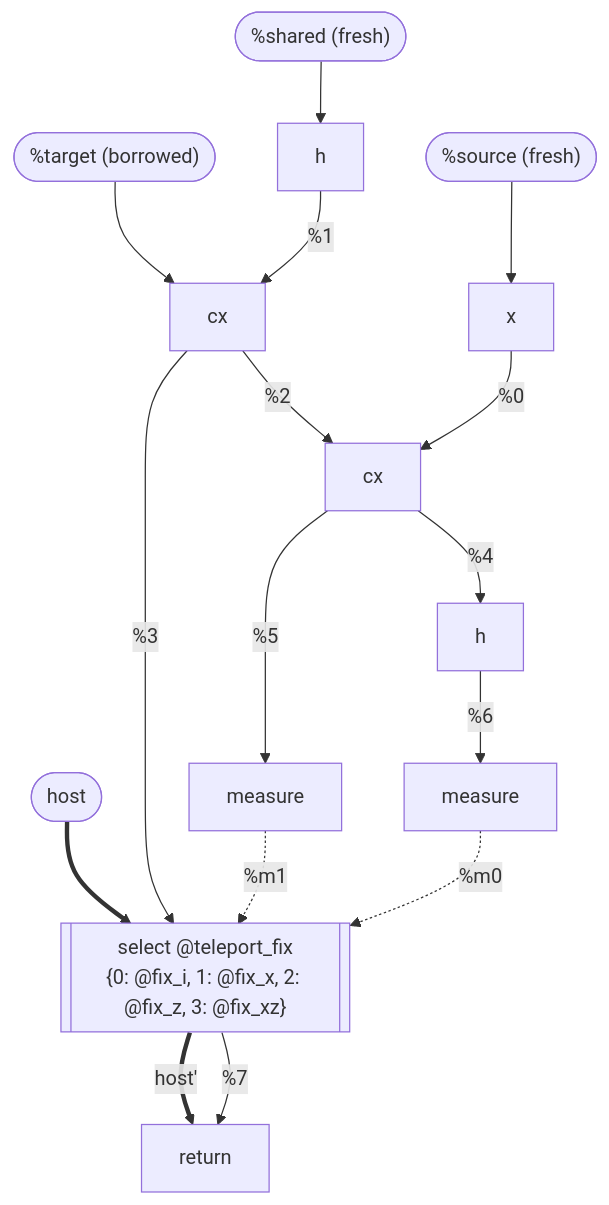
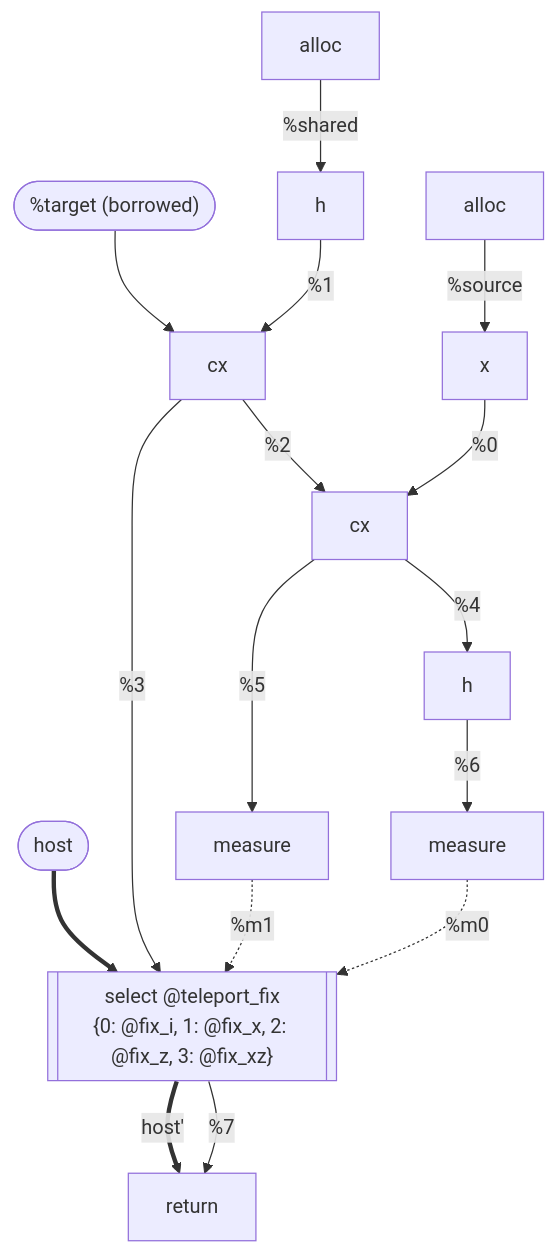
The first of 3 diagrams in docs/verification-design.md (anpaz/qstack), drawn with Mermaid before and after one commit. The commit also changed other lines of this file and 40 other files, not shown here.

````diff
--- a/docs/verification-design.md
+++ b/docs/verification-design.md
@@ -121,21 +123,21 @@
 ```mermaid
 flowchart TB
     target(["%target (borrowed)"]) --> cx1
-    shared(["%shared (fresh)"]) --> h1["h"]
-    source(["%source (fresh)"]) --> x1["x"]
+    shared["alloc"] -- "%shared" --> h1["h"]
+    source["alloc"] -- "%source" --> x1["x"]
     hostIn(["host"]) ==> sel
 
     h1 -- "%1" --> cx1["cx"]
     x1 -- "%0" --> cx2
     cx1 -- "%2" --> cx2["cx"]
     cx1 -- "%3" --> sel
     cx2 -- "%4" --> h2["h"]
     cx2 -- "%5" --> m1["measure"]
     h2 -- "%6" --> m0["measure"]
     m0 -. "%m0" .-> sel
     m1 -. "%m1" .-> sel
 
     sel[["select @teleport_fix<br/>{0: @fix_i, 1: @fix_x, 2: @fix_z, 3: @fix_xz}"]]
     sel -- "%7" --> ret["return"]
     sel == "host'" ==> ret
 ```
````
